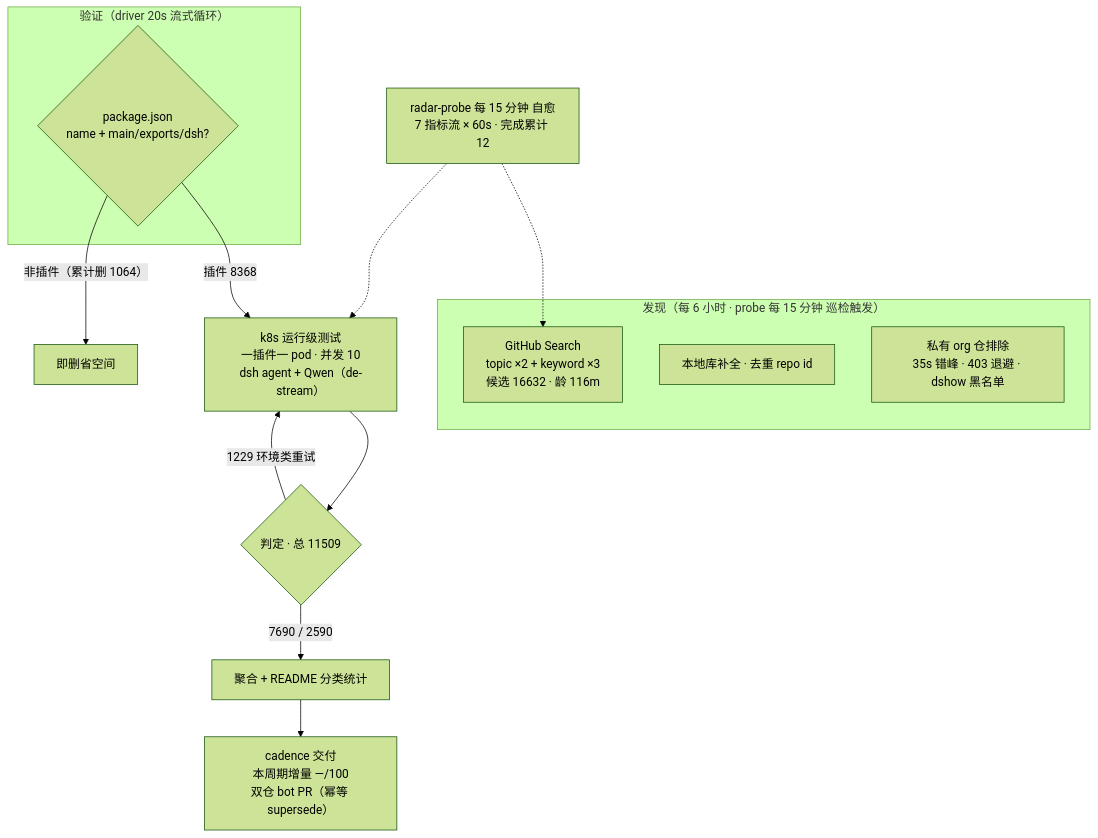
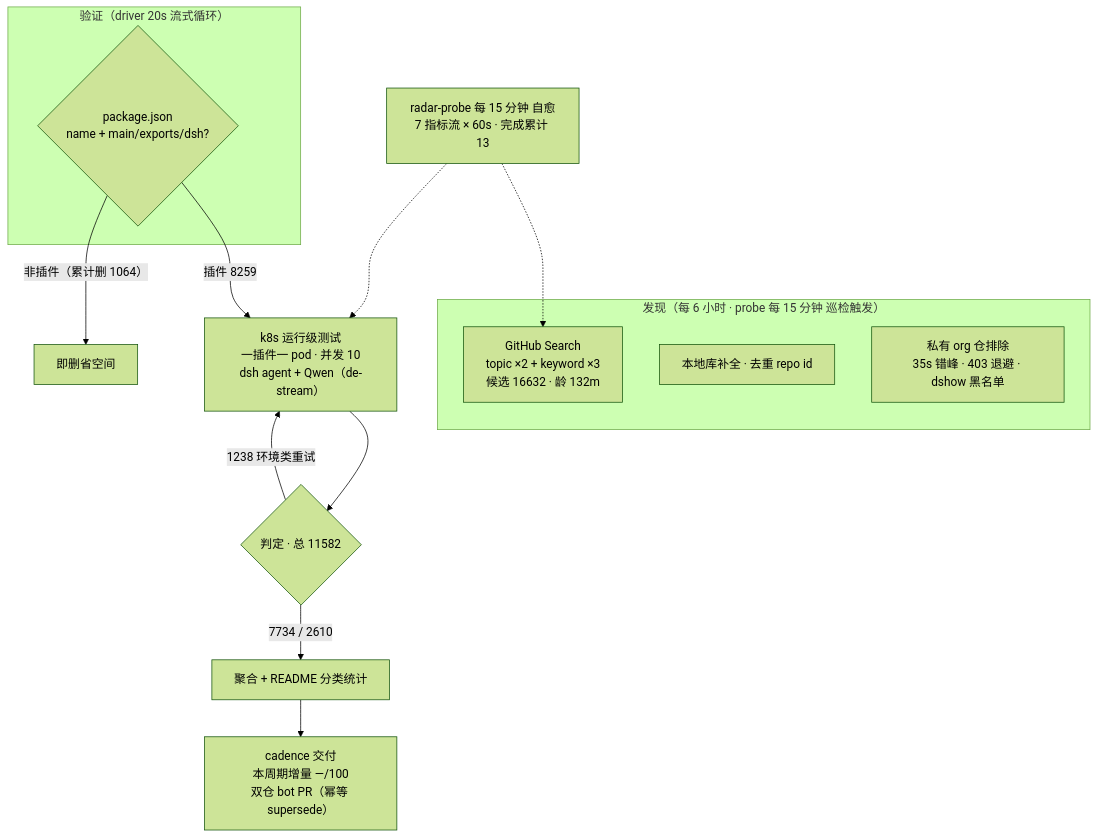
One commit to Zhidao-Lab-OSS/awesome-dsh-plugins changed the diagram in README.md. Above: the diagram before and after it, drawn with Mermaid (forest theme). The commit also changed other lines of this file and 1 other file, not shown here.

````diff
--- a/README.md
+++ b/README.md
@@ -52,20 +52,20 @@
 ```mermaid
 flowchart TB
     subgraph Discovery["发现（每 6 小时 · probe 每 15 分钟 巡检触发）"]
-        A1["GitHub Search<br/>topic ×2 + keyword ×3<br/>候选 16632 · 龄 116m"]
+        A1["GitHub Search<br/>topic ×2 + keyword ×3<br/>候选 16632 · 龄 132m"]
         A2["本地库补全 · 去重 repo id"]
         A3["私有 org 仓排除<br/>35s 错峰 · 403 退避 · dshow 黑名单"]
     end
     subgraph Validation["验证（driver 20s 流式循环）"]
         B1{"package.json<br/>name + main/exports/dsh?"}
     end
-    B1 -->|"插件 8368"| C1["k8s 运行级测试<br/>一插件一 pod · 并发 10<br/>dsh agent + Qwen（de-stream）"]
+    B1 -->|"插件 8259"| C1["k8s 运行级测试<br/>一插件一 pod · 并发 10<br/>dsh agent + Qwen（de-stream）"]
     B1 -->|"非插件（累计删 1064）"| B3["即删省空间"]
-    C1 --> D1{"判定 · 总 11509"}
-    D1 -->|"7690 / 2590"| E1["聚合 + README 分类统计"]
-    D1 -->|"1229 环境类重试"| C1
+    C1 --> D1{"判定 · 总 11582"}
+    D1 -->|"7734 / 2610"| E1["聚合 + README 分类统计"]
+    D1 -->|"1238 环境类重试"| C1
     E1 --> E2["cadence 交付<br/>本周期增量 —/100<br/>双仓 bot PR（幂等 supersede）"]
-    M["radar-probe 每 15 分钟 自愈<br/>7 指标流 × 60s · 完成累计 12"]
+    M["radar-probe 每 15 分钟 自愈<br/>7 指标流 × 60s · 完成累计 13"]
     M -.-> A1
     M -.-> C1
 ```
````
